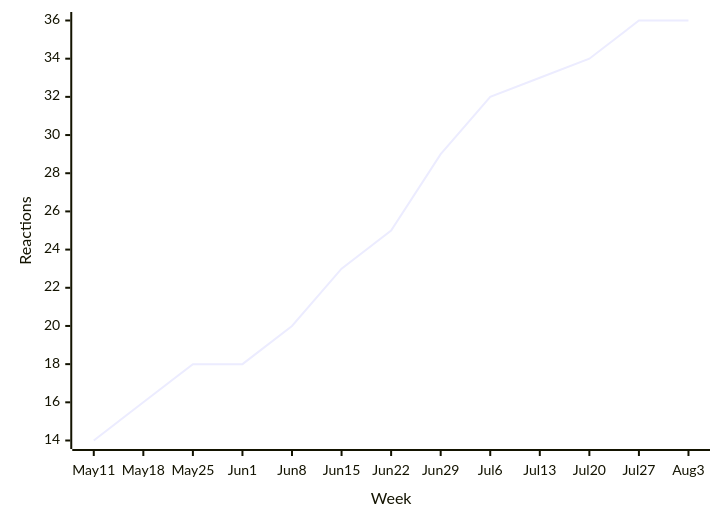
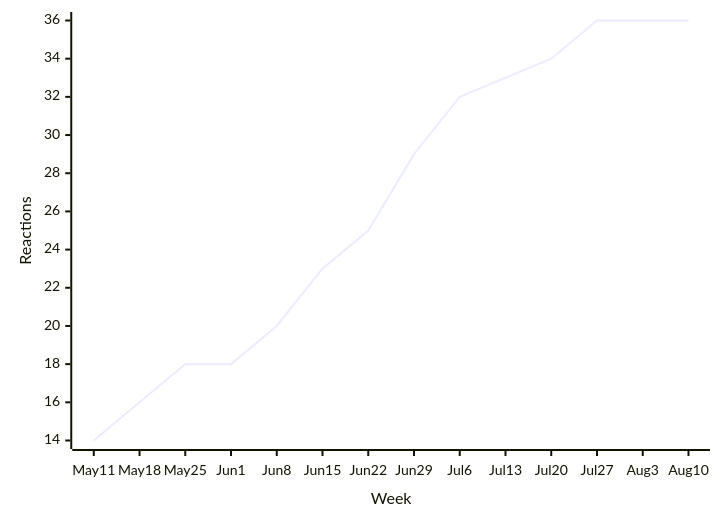
One commit to loic-sharma/github-insights changed the sixth of 43 diagrams in README.md. Above: the diagram before and after it, drawn with Mermaid. The commit also changed other lines of this file and 3 other files, not shown here.

````diff
--- a/README.md
+++ b/README.md
@@ -424,6 +424,6 @@
   ```mermaid
   xychart-beta
-    x-axis "Week" [May 11, May 18, May 25, Jun 1, Jun 8, Jun 15, Jun 22, Jun 29, Jul 6, Jul 13, Jul 20, Jul 27, Aug 3]
+    x-axis "Week" [May 11, May 18, May 25, Jun 1, Jun 8, Jun 15, Jun 22, Jun 29, Jul 6, Jul 13, Jul 20, Jul 27, Aug 3, Aug 10]
     y-axis "Reactions"
-    line [14, 16, 18, 18, 20, 23, 25, 29, 32, 33, 34, 36, 36]
+    line [14, 16, 18, 18, 20, 23, 25, 29, 32, 33, 34, 36, 36, 36]
   ```
````
